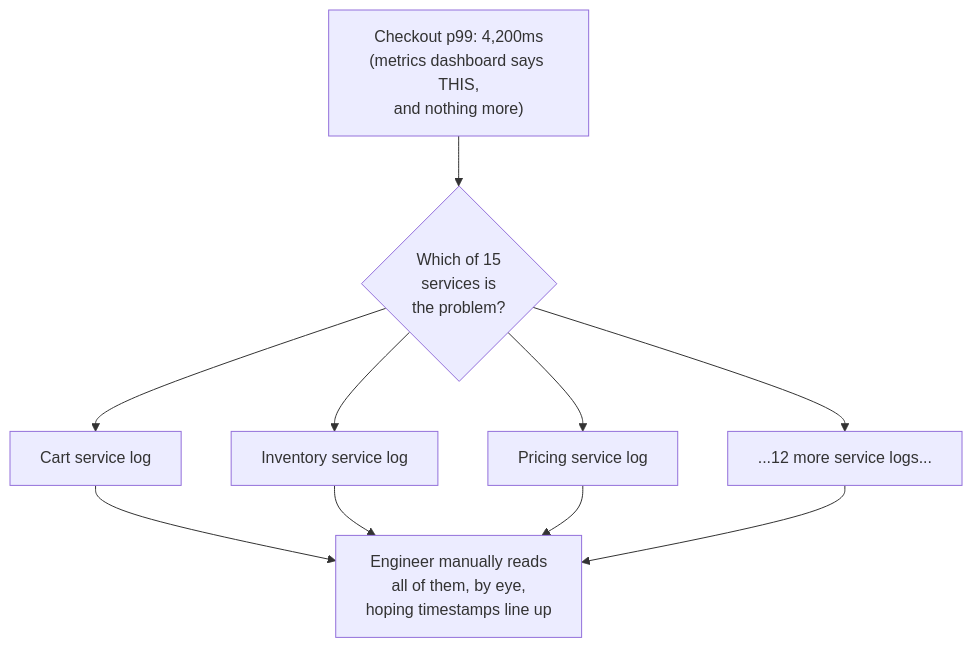
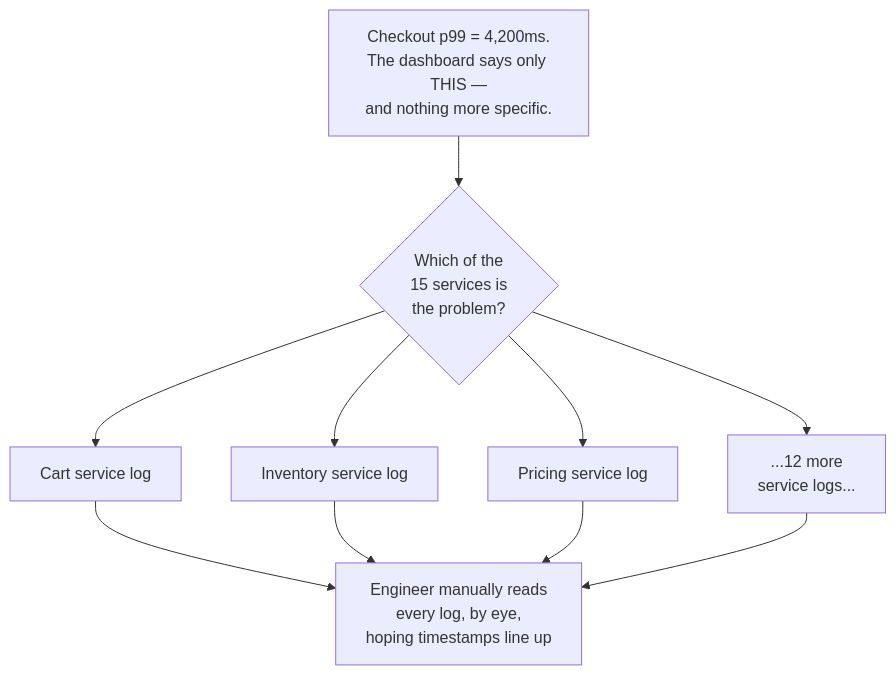
The first of 15 diagrams in system-design/HLD/0-course/57-Design-a-Distributed-Tracing-System-FAANG-Guide-story.md (riyaz-pasha/Learnings), drawn with Mermaid before and after one commit. The commit also changed other lines of this file and 1 other file, not shown here.

Commit message:
[REWRITE] Distributed Tracing System story guide: simplify prose, add structure, fix diagrams

````diff
--- a/system-design/HLD/0-course/57-Design-a-Distributed-Tracing-System-FAANG-Guide-story.md
+++ b/system-design/HLD/0-course/57-Design-a-Distributed-Tracing-System-FAANG-Guide-story.md
@@ -15,9 +51,12 @@
 ```mermaid
 flowchart TD
-    A["Checkout p99: 4,200ms\n(metrics dashboard says THIS,\nand nothing more)"] --> B{"Which of 15\nservices is\nthe problem?"}
+    A["Checkout p99 = 4,200ms.<br/>The dashboard says only THIS —<br/>and nothing more specific."] --> B{"Which of the<br/>15 services is<br/>the problem?"}
     B --> S1["Cart service log"]
     B --> S2["Inventory service log"]
     B --> S3["Pricing service log"]
-    B --> S4["...12 more service logs..."]
-    S1 & S2 & S3 & S4 --> C["Engineer manually reads\nall of them, by eye,\nhoping timestamps line up"]
+    B --> S4["...12 more<br/>service logs..."]
+    S1 --> C["Engineer manually reads<br/>every log, by eye,<br/>hoping timestamps line up"]
+    S2 --> C
+    S3 --> C
+    S4 --> C
 ```
````
